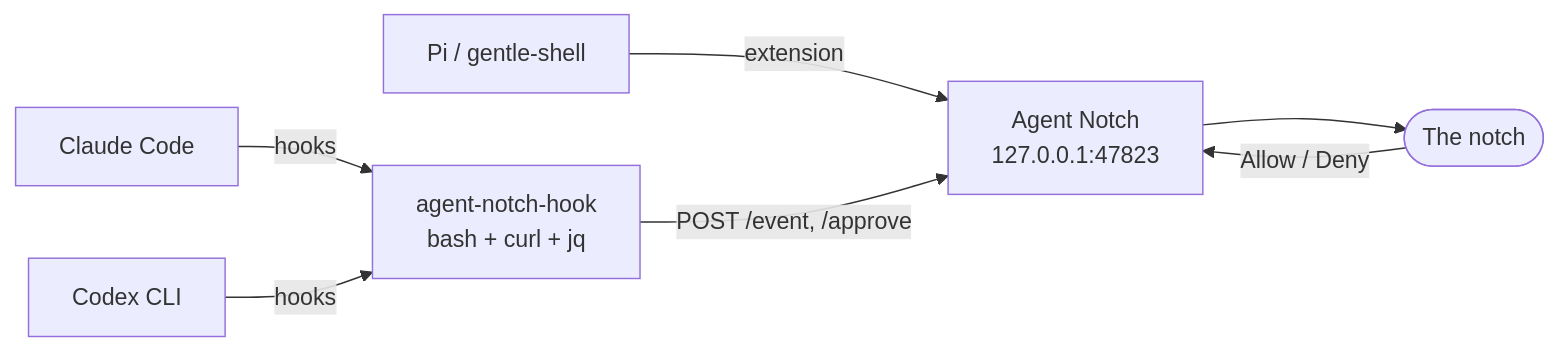
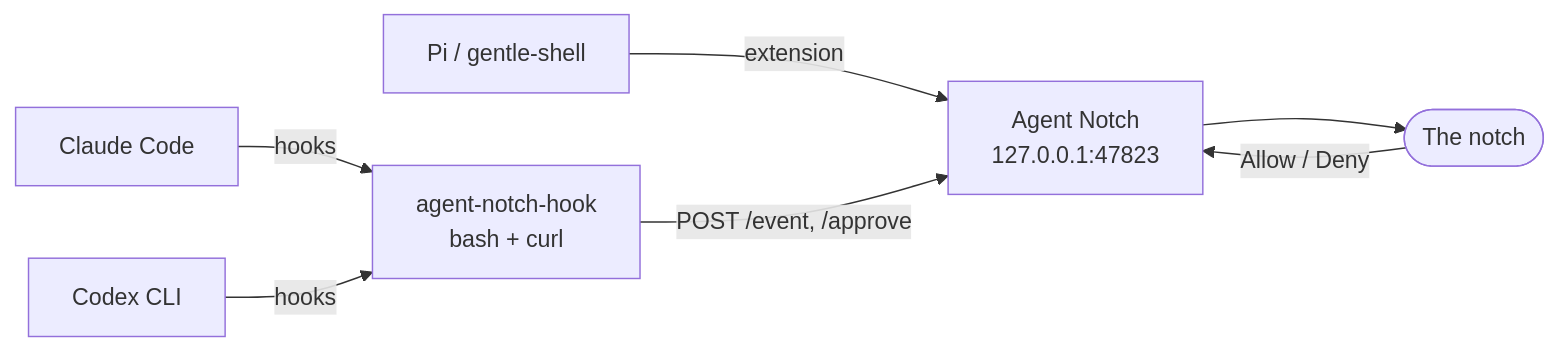
The diagram in README.md (enderdev01/agent-notch), drawn with Mermaid before and after one commit. The commit also changed other lines of this file and 7 other files, not shown here.

````diff
--- a/README.md
+++ b/README.md
@@ -102,9 +104,9 @@
 ```mermaid
 flowchart LR
-    C["Claude Code"] -- hooks --> B["agent-notch-hook<br/>bash + curl + jq"]
+    C["Claude Code"] -- hooks --> B["agent-notch-hook<br/>bash + curl"]
     X["Codex CLI"] -- hooks --> B
     P["Pi / gentle-shell"] -- extension --> S
     B -- "POST /event, /approve" --> S["Agent Notch<br/>127.0.0.1:47823"]
     S --> N(["The notch"])
     N -- "Allow / Deny" --> S
 ```
````
